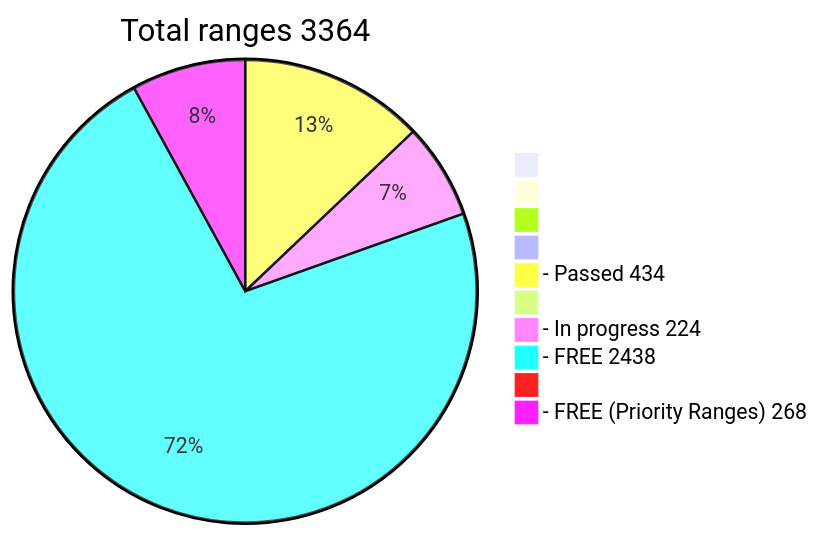
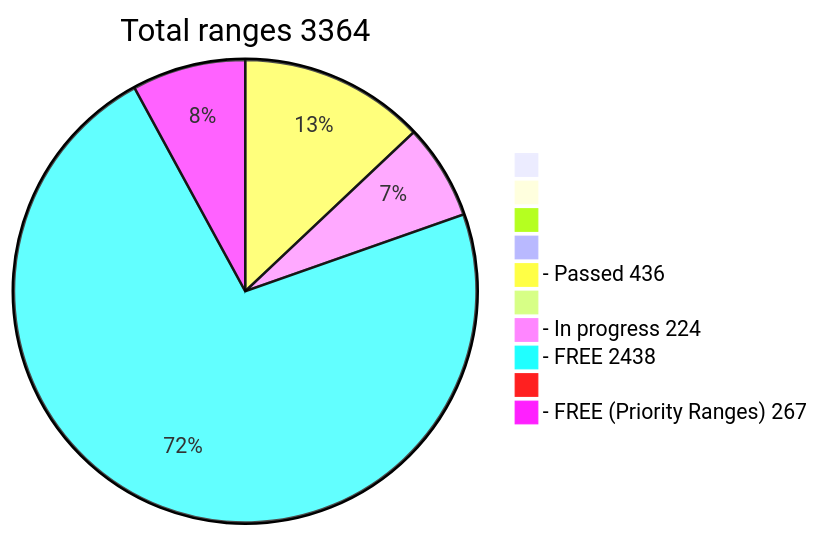
The diagram in README.md (phrutis/wif500), drawn with Mermaid before and after one commit.

````diff
--- a/README.md
+++ b/README.md
@@ -16,13 +16,13 @@
 ```mermaid
 pie title Total ranges 3364
              " " : 0
             "  " : 0
            "   " : 0
           "    " : 0
-  "- Passed 434" : 434
+  "- Passed 436" : 436
          "     " : 0
   "- In progress 224" : 224
    "- FREE 2438" : 2438
         "      " : 0
-  "- FREE (Priority Ranges) 268" : 268
+  "- FREE (Priority Ranges) 267" : 267
 ```
````
